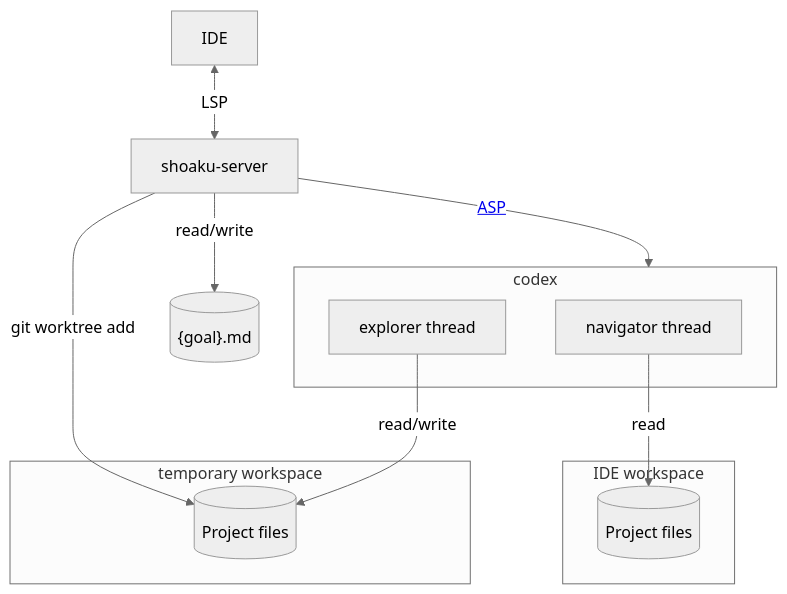
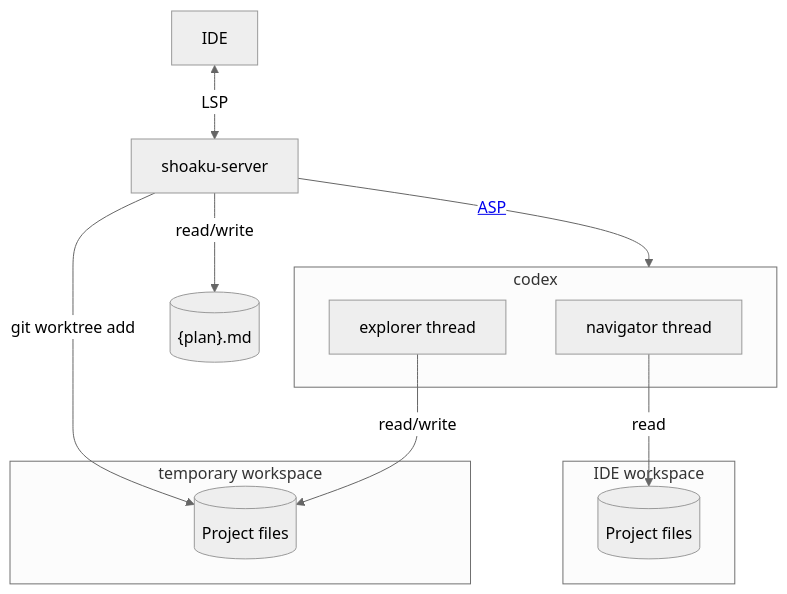
The diagram in docs/architecture.md (seachicken/intellij-shoaku), drawn with Mermaid (neutral theme) before and after one commit.

Commit message:
Refactor

````diff
--- a/docs/architecture.md
+++ b/docs/architecture.md
@@ -3,19 +3,19 @@
 ```mermaid
 graph TD
   subgraph user_workspace["IDE workspace"]
     project-files[(Project files)]
   end
   subgraph sandbox_workspace["temporary workspace"]
     worktree-files[(Project files)]
   end
   subgraph codex
     navigator[navigator thread]
     explorer[explorer thread]
   end
 
-  shoaku-server -- read/write --> todo[("{goal}.md")]
+  shoaku-server -- read/write --> todo[("{plan}.md")]
   IDE <-- LSP --> shoaku-server -- <a href='https://github.com/openai/codex/blob/main/codex-rs/app-server/README.md'>ASP</a> --> codex
   shoaku-server -- "git worktree add" --> worktree-files
   navigator -- read --> project-files
   explorer -- read/write --> worktree-files
 ```
````
